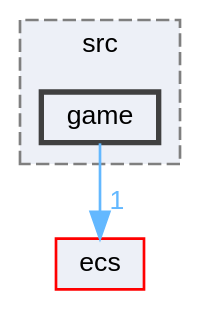
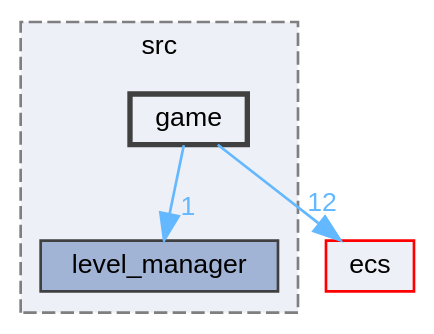
Before and after one commit to Aleksrac/R-Type: the diagram in dir_e6b7ec297778ed9f03d97c98d106236d_dep.dot, drawn with Graphviz. The commit also changed 378 other files, not shown here.

```diff
--- a/dir_e6b7ec297778ed9f03d97c98d106236d_dep.dot
+++ b/dir_e6b7ec297778ed9f03d97c98d106236d_dep.dot
@@ -1,14 +1,16 @@
 digraph "server/src/game"
 {
  // LATEX_PDF_SIZE
   bgcolor="transparent";
   edge [fontname=Helvetica,fontsize=10,labelfontname=Helvetica,labelfontsize=10];
   node [fontname=Helvetica,fontsize=10,shape=box,height=0.2,width=0.4];
   compound=true
   subgraph clusterdir_a063914ab482288b7b0e1b2fca86158c {
     graph [ bgcolor="#edf0f7", pencolor="grey50", label="src", fontname=Helvetica,fontsize=10 style="filled,dashed", URL="dir_a063914ab482288b7b0e1b2fca86158c.html",tooltip=""]
+  dir_1a61ab1baf9342b4b0090bc39c8718b8 [label="level_manager", fillcolor="#a2b4d6", color="grey25", style="filled", URL="dir_1a61ab1baf9342b4b0090bc39c8718b8.html",tooltip=""];
   dir_e6b7ec297778ed9f03d97c98d106236d [label="game", fillcolor="#edf0f7", color="grey25", style="filled,bold", URL="dir_e6b7ec297778ed9f03d97c98d106236d.html",tooltip=""];
   }
   dir_eafb92770fbc727220bdaa0b1292f771 [label="ecs", fillcolor="#edf0f7", color="red", style="filled", URL="dir_eafb92770fbc727220bdaa0b1292f771.html",tooltip=""];
-  dir_e6b7ec297778ed9f03d97c98d106236d->dir_eafb92770fbc727220bdaa0b1292f771 [headlabel="1", labeldistance=1.5 headhref="dir_000002_000001.html" href="dir_000002_000001.html" color="steelblue1" fontcolor="steelblue1"];
+  dir_e6b7ec297778ed9f03d97c98d106236d->dir_1a61ab1baf9342b4b0090bc39c8718b8 [headlabel="1", labeldistance=1.5 headhref="dir_000002_000004.html" href="dir_000002_000004.html" color="steelblue1" fontcolor="steelblue1"];
+  dir_e6b7ec297778ed9f03d97c98d106236d->dir_eafb92770fbc727220bdaa0b1292f771 [headlabel="12", labeldistance=1.5 headhref="dir_000002_000001.html" href="dir_000002_000001.html" color="steelblue1" fontcolor="steelblue1"];
 }
```
